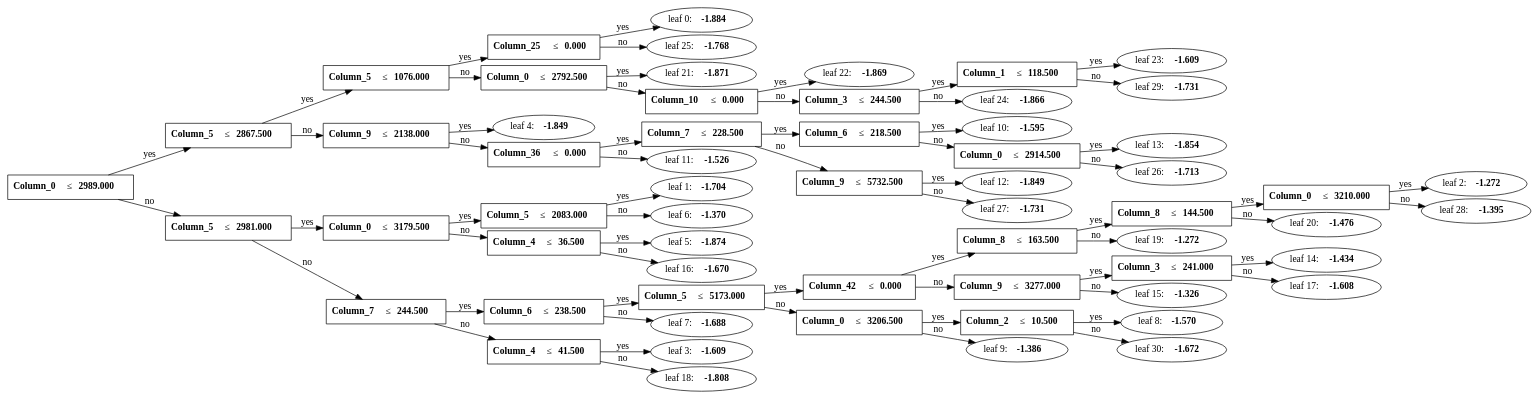
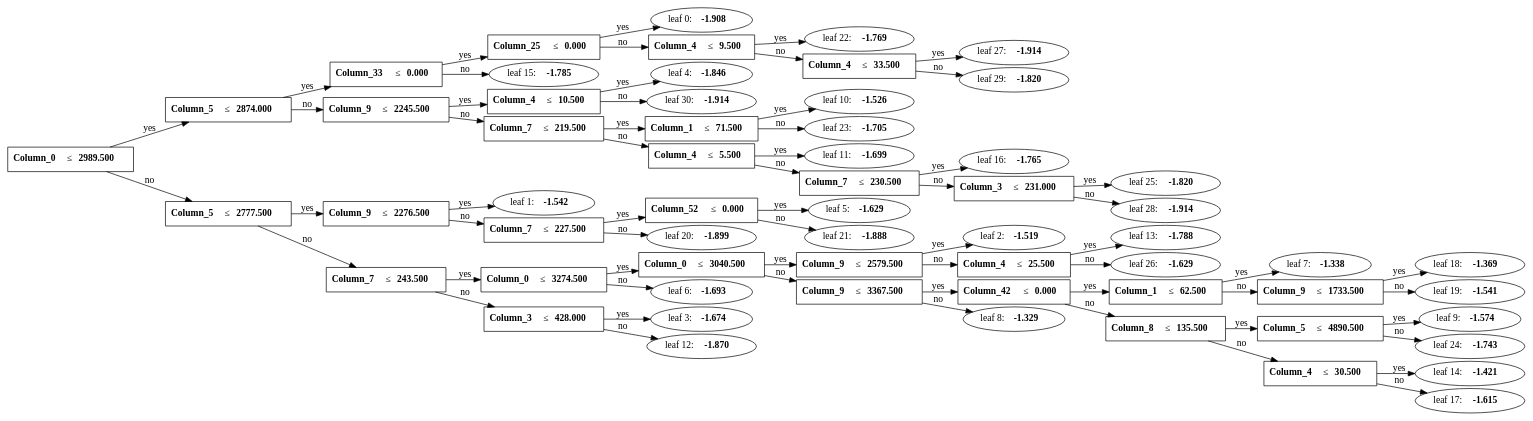
Before and after one commit to dcdmm/MLBase: the diagram in I_Model/集成学习模型/提升算法_boosting/LightGBM_lightgbm/img_view.gv, drawn with Graphviz. The commit also changed 6 other files, not shown here.

```diff
--- a/I_Model/集成学习模型/提升算法_boosting/LightGBM_lightgbm/img_view.gv
+++ b/I_Model/集成学习模型/提升算法_boosting/LightGBM_lightgbm/img_view.gv
@@ -1,124 +1,124 @@
 digraph {
 	graph [nodesep=0.05 rankdir=LR ranksep=0.3]
-	split0 [label=<<B>Column_0</B> &#8804;<B>2989.000</B>> fillcolor=white shape=rectangle style=""]
-	split3 [label=<<B>Column_5</B> &#8804;<B>2867.500</B>> fillcolor=white shape=rectangle style=""]
-	split20 [label=<<B>Column_5</B> &#8804;<B>1076.000</B>> fillcolor=white shape=rectangle style=""]
-	split24 [label=<<B>Column_25</B> &#8804;<B>0.000</B>> fillcolor=white shape=rectangle style=""]
-	leaf0 [label=<leaf 0: <B>-1.884</B>>]
-	split24 -> leaf0 [label=yes]
-	leaf25 [label=<leaf 25: <B>-1.768</B>>]
-	split24 -> leaf25 [label=no]
-	split20 -> split24 [label=yes]
-	split21 [label=<<B>Column_0</B> &#8804;<B>2792.500</B>> fillcolor=white shape=rectangle style=""]
-	leaf21 [label=<leaf 21: <B>-1.871</B>>]
-	split21 -> leaf21 [label=yes]
-	split22 [label=<<B>Column_10</B> &#8804;<B>0.000</B>> fillcolor=white shape=rectangle style=""]
-	leaf22 [label=<leaf 22: <B>-1.869</B>>]
-	split22 -> leaf22 [label=yes]
-	split23 [label=<<B>Column_3</B> &#8804;<B>244.500</B>> fillcolor=white shape=rectangle style=""]
-	split28 [label=<<B>Column_1</B> &#8804;<B>118.500</B>> fillcolor=white shape=rectangle style=""]
-	leaf23 [label=<leaf 23: <B>-1.609</B>>]
-	split28 -> leaf23 [label=yes]
-	leaf29 [label=<leaf 29: <B>-1.731</B>>]
+	split0 [label=<<B>Column_0</B> &#8804;<B>2989.500</B>> fillcolor=white shape=rectangle style=""]
+	split3 [label=<<B>Column_5</B> &#8804;<B>2874.000</B>> fillcolor=white shape=rectangle style=""]
+	split14 [label=<<B>Column_33</B> &#8804;<B>0.000</B>> fillcolor=white shape=rectangle style=""]
+	split21 [label=<<B>Column_25</B> &#8804;<B>0.000</B>> fillcolor=white shape=rectangle style=""]
+	leaf0 [label=<leaf 0: <B>-1.908</B>>]
+	split21 -> leaf0 [label=yes]
+	split26 [label=<<B>Column_4</B> &#8804;<B>9.500</B>> fillcolor=white shape=rectangle style=""]
+	leaf22 [label=<leaf 22: <B>-1.769</B>>]
+	split26 -> leaf22 [label=yes]
+	split28 [label=<<B>Column_4</B> &#8804;<B>33.500</B>> fillcolor=white shape=rectangle style=""]
+	leaf27 [label=<leaf 27: <B>-1.914</B>>]
+	split28 -> leaf27 [label=yes]
+	leaf29 [label=<leaf 29: <B>-1.820</B>>]
 	split28 -> leaf29 [label=no]
-	split23 -> split28 [label=yes]
-	leaf24 [label=<leaf 24: <B>-1.866</B>>]
-	split23 -> leaf24 [label=no]
-	split22 -> split23 [label=no]
-	split21 -> split22 [label=no]
-	split20 -> split21 [label=no]
-	split3 -> split20 [label=yes]
-	split9 [label=<<B>Column_9</B> &#8804;<B>2138.000</B>> fillcolor=white shape=rectangle style=""]
-	leaf4 [label=<leaf 4: <B>-1.849</B>>]
-	split9 -> leaf4 [label=yes]
-	split10 [label=<<B>Column_36</B> &#8804;<B>0.000</B>> fillcolor=white shape=rectangle style=""]
-	split11 [label=<<B>Column_7</B> &#8804;<B>228.500</B>> fillcolor=white shape=rectangle style=""]
-	split12 [label=<<B>Column_6</B> &#8804;<B>218.500</B>> fillcolor=white shape=rectangle style=""]
-	leaf10 [label=<leaf 10: <B>-1.595</B>>]
-	split12 -> leaf10 [label=yes]
-	split25 [label=<<B>Column_0</B> &#8804;<B>2914.500</B>> fillcolor=white shape=rectangle style=""]
-	leaf13 [label=<leaf 13: <B>-1.854</B>>]
-	split25 -> leaf13 [label=yes]
-	leaf26 [label=<leaf 26: <B>-1.713</B>>]
-	split25 -> leaf26 [label=no]
-	split12 -> split25 [label=no]
-	split11 -> split12 [label=yes]
-	split26 [label=<<B>Column_9</B> &#8804;<B>5732.500</B>> fillcolor=white shape=rectangle style=""]
-	leaf12 [label=<leaf 12: <B>-1.849</B>>]
-	split26 -> leaf12 [label=yes]
-	leaf27 [label=<leaf 27: <B>-1.731</B>>]
-	split26 -> leaf27 [label=no]
-	split11 -> split26 [label=no]
-	split10 -> split11 [label=yes]
-	leaf11 [label=<leaf 11: <B>-1.526</B>>]
-	split10 -> leaf11 [label=no]
+	split26 -> split28 [label=no]
+	split21 -> split26 [label=no]
+	split14 -> split21 [label=yes]
+	leaf15 [label=<leaf 15: <B>-1.785</B>>]
+	split14 -> leaf15 [label=no]
+	split3 -> split14 [label=yes]
+	split9 [label=<<B>Column_9</B> &#8804;<B>2245.500</B>> fillcolor=white shape=rectangle style=""]
+	split29 [label=<<B>Column_4</B> &#8804;<B>10.500</B>> fillcolor=white shape=rectangle style=""]
+	leaf4 [label=<leaf 4: <B>-1.846</B>>]
+	split29 -> leaf4 [label=yes]
+	leaf30 [label=<leaf 30: <B>-1.914</B>>]
+	split29 -> leaf30 [label=no]
+	split9 -> split29 [label=yes]
+	split10 [label=<<B>Column_7</B> &#8804;<B>219.500</B>> fillcolor=white shape=rectangle style=""]
+	split22 [label=<<B>Column_1</B> &#8804;<B>71.500</B>> fillcolor=white shape=rectangle style=""]
+	leaf10 [label=<leaf 10: <B>-1.526</B>>]
+	split22 -> leaf10 [label=yes]
+	leaf23 [label=<leaf 23: <B>-1.705</B>>]
+	split22 -> leaf23 [label=no]
+	split10 -> split22 [label=yes]
+	split15 [label=<<B>Column_4</B> &#8804;<B>5.500</B>> fillcolor=white shape=rectangle style=""]
+	leaf11 [label=<leaf 11: <B>-1.699</B>>]
+	split15 -> leaf11 [label=yes]
+	split24 [label=<<B>Column_7</B> &#8804;<B>230.500</B>> fillcolor=white shape=rectangle style=""]
+	leaf16 [label=<leaf 16: <B>-1.765</B>>]
+	split24 -> leaf16 [label=yes]
+	split27 [label=<<B>Column_3</B> &#8804;<B>231.000</B>> fillcolor=white shape=rectangle style=""]
+	leaf25 [label=<leaf 25: <B>-1.820</B>>]
+	split27 -> leaf25 [label=yes]
+	leaf28 [label=<leaf 28: <B>-1.914</B>>]
+	split27 -> leaf28 [label=no]
+	split24 -> split27 [label=no]
+	split15 -> split24 [label=no]
+	split10 -> split15 [label=no]
 	split9 -> split10 [label=no]
 	split3 -> split9 [label=no]
 	split0 -> split3 [label=yes]
-	split1 [label=<<B>Column_5</B> &#8804;<B>2981.000</B>> fillcolor=white shape=rectangle style=""]
-	split4 [label=<<B>Column_0</B> &#8804;<B>3179.500</B>> fillcolor=white shape=rectangle style=""]
-	split5 [label=<<B>Column_5</B> &#8804;<B>2083.000</B>> fillcolor=white shape=rectangle style=""]
-	leaf1 [label=<leaf 1: <B>-1.704</B>>]
-	split5 -> leaf1 [label=yes]
-	leaf6 [label=<leaf 6: <B>-1.370</B>>]
+	split1 [label=<<B>Column_5</B> &#8804;<B>2777.500</B>> fillcolor=white shape=rectangle style=""]
+	split4 [label=<<B>Column_9</B> &#8804;<B>2276.500</B>> fillcolor=white shape=rectangle style=""]
+	leaf1 [label=<leaf 1: <B>-1.542</B>>]
+	split4 -> leaf1 [label=yes]
+	split19 [label=<<B>Column_7</B> &#8804;<B>227.500</B>> fillcolor=white shape=rectangle style=""]
+	split20 [label=<<B>Column_52</B> &#8804;<B>0.000</B>> fillcolor=white shape=rectangle style=""]
+	leaf5 [label=<leaf 5: <B>-1.629</B>>]
+	split20 -> leaf5 [label=yes]
+	leaf21 [label=<leaf 21: <B>-1.888</B>>]
+	split20 -> leaf21 [label=no]
+	split19 -> split20 [label=yes]
+	leaf20 [label=<leaf 20: <B>-1.899</B>>]
+	split19 -> leaf20 [label=no]
+	split4 -> split19 [label=no]
+	split1 -> split4 [label=yes]
+	split2 [label=<<B>Column_7</B> &#8804;<B>243.500</B>> fillcolor=white shape=rectangle style=""]
+	split5 [label=<<B>Column_0</B> &#8804;<B>3274.500</B>> fillcolor=white shape=rectangle style=""]
+	split6 [label=<<B>Column_0</B> &#8804;<B>3040.500</B>> fillcolor=white shape=rectangle style=""]
+	split12 [label=<<B>Column_9</B> &#8804;<B>2579.500</B>> fillcolor=white shape=rectangle style=""]
+	leaf2 [label=<leaf 2: <B>-1.519</B>>]
+	split12 -> leaf2 [label=yes]
+	split25 [label=<<B>Column_4</B> &#8804;<B>25.500</B>> fillcolor=white shape=rectangle style=""]
+	leaf13 [label=<leaf 13: <B>-1.788</B>>]
+	split25 -> leaf13 [label=yes]
+	leaf26 [label=<leaf 26: <B>-1.629</B>>]
+	split25 -> leaf26 [label=no]
+	split12 -> split25 [label=no]
+	split6 -> split12 [label=yes]
+	split7 [label=<<B>Column_9</B> &#8804;<B>3367.500</B>> fillcolor=white shape=rectangle style=""]
+	split8 [label=<<B>Column_42</B> &#8804;<B>0.000</B>> fillcolor=white shape=rectangle style=""]
+	split17 [label=<<B>Column_1</B> &#8804;<B>62.500</B>> fillcolor=white shape=rectangle style=""]
+	leaf7 [label=<leaf 7: <B>-1.338</B>>]
+	split17 -> leaf7 [label=yes]
+	split18 [label=<<B>Column_9</B> &#8804;<B>1733.500</B>> fillcolor=white shape=rectangle style=""]
+	leaf18 [label=<leaf 18: <B>-1.369</B>>]
+	split18 -> leaf18 [label=yes]
+	leaf19 [label=<leaf 19: <B>-1.541</B>>]
+	split18 -> leaf19 [label=no]
+	split17 -> split18 [label=no]
+	split8 -> split17 [label=yes]
+	split13 [label=<<B>Column_8</B> &#8804;<B>135.500</B>> fillcolor=white shape=rectangle style=""]
+	split23 [label=<<B>Column_5</B> &#8804;<B>4890.500</B>> fillcolor=white shape=rectangle style=""]
+	leaf9 [label=<leaf 9: <B>-1.574</B>>]
+	split23 -> leaf9 [label=yes]
+	leaf24 [label=<leaf 24: <B>-1.743</B>>]
+	split23 -> leaf24 [label=no]
+	split13 -> split23 [label=yes]
+	split16 [label=<<B>Column_4</B> &#8804;<B>30.500</B>> fillcolor=white shape=rectangle style=""]
+	leaf14 [label=<leaf 14: <B>-1.421</B>>]
+	split16 -> leaf14 [label=yes]
+	leaf17 [label=<leaf 17: <B>-1.615</B>>]
+	split16 -> leaf17 [label=no]
+	split13 -> split16 [label=no]
+	split8 -> split13 [label=no]
+	split7 -> split8 [label=yes]
+	leaf8 [label=<leaf 8: <B>-1.329</B>>]
+	split7 -> leaf8 [label=no]
+	split6 -> split7 [label=no]
+	split5 -> split6 [label=yes]
+	leaf6 [label=<leaf 6: <B>-1.693</B>>]
 	split5 -> leaf6 [label=no]
-	split4 -> split5 [label=yes]
-	split15 [label=<<B>Column_4</B> &#8804;<B>36.500</B>> fillcolor=white shape=rectangle style=""]
-	leaf5 [label=<leaf 5: <B>-1.874</B>>]
-	split15 -> leaf5 [label=yes]
-	leaf16 [label=<leaf 16: <B>-1.670</B>>]
-	split15 -> leaf16 [label=no]
-	split4 -> split15 [label=no]
-	split1 -> split4 [label=yes]
-	split2 [label=<<B>Column_7</B> &#8804;<B>244.500</B>> fillcolor=white shape=rectangle style=""]
-	split6 [label=<<B>Column_6</B> &#8804;<B>238.500</B>> fillcolor=white shape=rectangle style=""]
-	split7 [label=<<B>Column_5</B> &#8804;<B>5173.000</B>> fillcolor=white shape=rectangle style=""]
-	split13 [label=<<B>Column_42</B> &#8804;<B>0.000</B>> fillcolor=white shape=rectangle style=""]
-	split18 [label=<<B>Column_8</B> &#8804;<B>163.500</B>> fillcolor=white shape=rectangle style=""]
-	split19 [label=<<B>Column_8</B> &#8804;<B>144.500</B>> fillcolor=white shape=rectangle style=""]
-	split27 [label=<<B>Column_0</B> &#8804;<B>3210.000</B>> fillcolor=white shape=rectangle style=""]
-	leaf2 [label=<leaf 2: <B>-1.272</B>>]
-	split27 -> leaf2 [label=yes]
-	leaf28 [label=<leaf 28: <B>-1.395</B>>]
-	split27 -> leaf28 [label=no]
-	split19 -> split27 [label=yes]
-	leaf20 [label=<leaf 20: <B>-1.476</B>>]
-	split19 -> leaf20 [label=no]
-	split18 -> split19 [label=yes]
-	leaf19 [label=<leaf 19: <B>-1.272</B>>]
-	split18 -> leaf19 [label=no]
-	split13 -> split18 [label=yes]
-	split14 [label=<<B>Column_9</B> &#8804;<B>3277.000</B>> fillcolor=white shape=rectangle style=""]
-	split16 [label=<<B>Column_3</B> &#8804;<B>241.000</B>> fillcolor=white shape=rectangle style=""]
-	leaf14 [label=<leaf 14: <B>-1.434</B>>]
-	split16 -> leaf14 [label=yes]
-	leaf17 [label=<leaf 17: <B>-1.608</B>>]
-	split16 -> leaf17 [label=no]
-	split14 -> split16 [label=yes]
-	leaf15 [label=<leaf 15: <B>-1.326</B>>]
-	split14 -> leaf15 [label=no]
-	split13 -> split14 [label=no]
-	split7 -> split13 [label=yes]
-	split8 [label=<<B>Column_0</B> &#8804;<B>3206.500</B>> fillcolor=white shape=rectangle style=""]
-	split29 [label=<<B>Column_2</B> &#8804;<B>10.500</B>> fillcolor=white shape=rectangle style=""]
-	leaf8 [label=<leaf 8: <B>-1.570</B>>]
-	split29 -> leaf8 [label=yes]
-	leaf30 [label=<leaf 30: <B>-1.672</B>>]
-	split29 -> leaf30 [label=no]
-	split8 -> split29 [label=yes]
-	leaf9 [label=<leaf 9: <B>-1.386</B>>]
-	split8 -> leaf9 [label=no]
-	split7 -> split8 [label=no]
-	split6 -> split7 [label=yes]
-	leaf7 [label=<leaf 7: <B>-1.688</B>>]
-	split6 -> leaf7 [label=no]
-	split2 -> split6 [label=yes]
-	split17 [label=<<B>Column_4</B> &#8804;<B>41.500</B>> fillcolor=white shape=rectangle style=""]
-	leaf3 [label=<leaf 3: <B>-1.609</B>>]
-	split17 -> leaf3 [label=yes]
-	leaf18 [label=<leaf 18: <B>-1.808</B>>]
-	split17 -> leaf18 [label=no]
-	split2 -> split17 [label=no]
+	split2 -> split5 [label=yes]
+	split11 [label=<<B>Column_3</B> &#8804;<B>428.000</B>> fillcolor=white shape=rectangle style=""]
+	leaf3 [label=<leaf 3: <B>-1.674</B>>]
+	split11 -> leaf3 [label=yes]
+	leaf12 [label=<leaf 12: <B>-1.870</B>>]
+	split11 -> leaf12 [label=no]
+	split2 -> split11 [label=no]
 	split1 -> split2 [label=no]
 	split0 -> split1 [label=no]
 }
```
